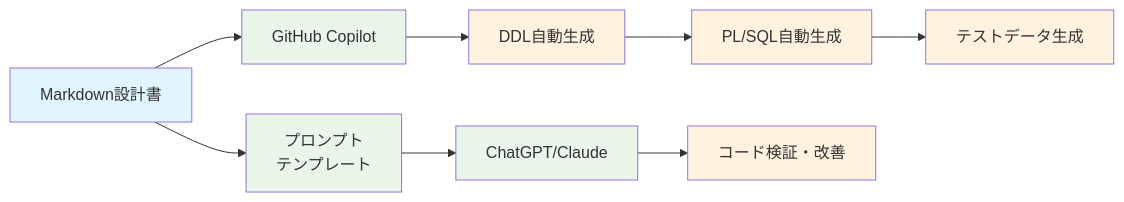
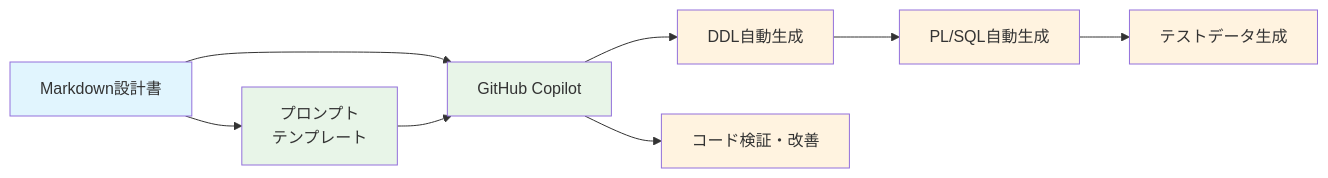
The first of 4 diagrams in 生成AI最大限活用を踏まえたデータベース設計書作成アプローチ.md (shiota-yotaro/hibiki-pj-sample-design), drawn with Mermaid before and after one commit. The commit also changed other lines of this file, not shown here.

````diff
--- a/生成AI最大限活用を踏まえたデータベース設計書作成アプローチ.md
+++ b/生成AI最大限活用を踏まえたデータベース設計書作成アプローチ.md
@@ -46,20 +46,19 @@
 ```mermaid
 flowchart LR
     A[Markdown設計書] --> B[GitHub Copilot]
     B --> C[DDL自動生成]
     C --> D[PL/SQL自動生成]
     D --> E[テストデータ生成]
     
     A --> F[プロンプト<br/>テンプレート]
-    F --> G[ChatGPT/Claude]
-    G --> H[コード検証・改善]
+    F --> B
+    B --> G[コード検証・改善]
     
     style A fill:#e1f5fe
     style B fill:#e8f5e8
     style C fill:#fff3e0
     style D fill:#fff3e0
     style E fill:#fff3e0
     style F fill:#e8f5e8
-    style G fill:#e8f5e8
-    style H fill:#fff3e0
+    style G fill:#fff3e0
 ```
````
